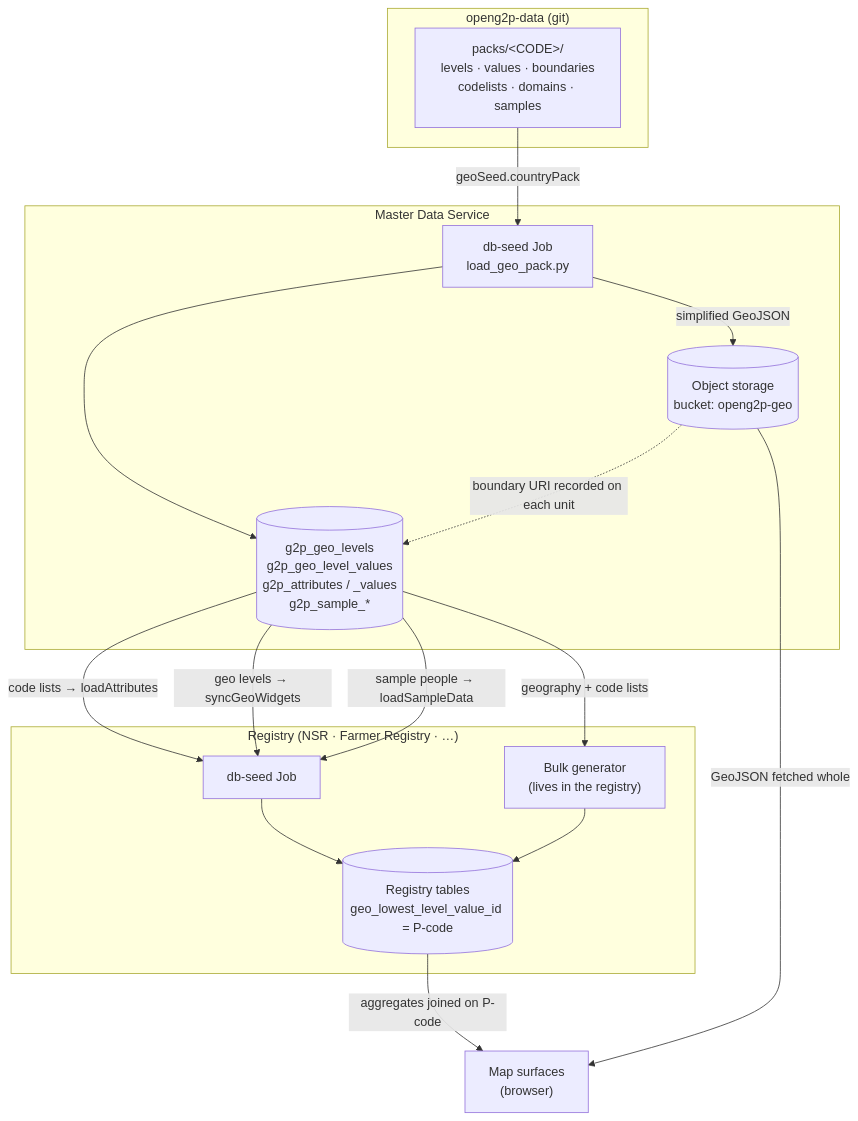
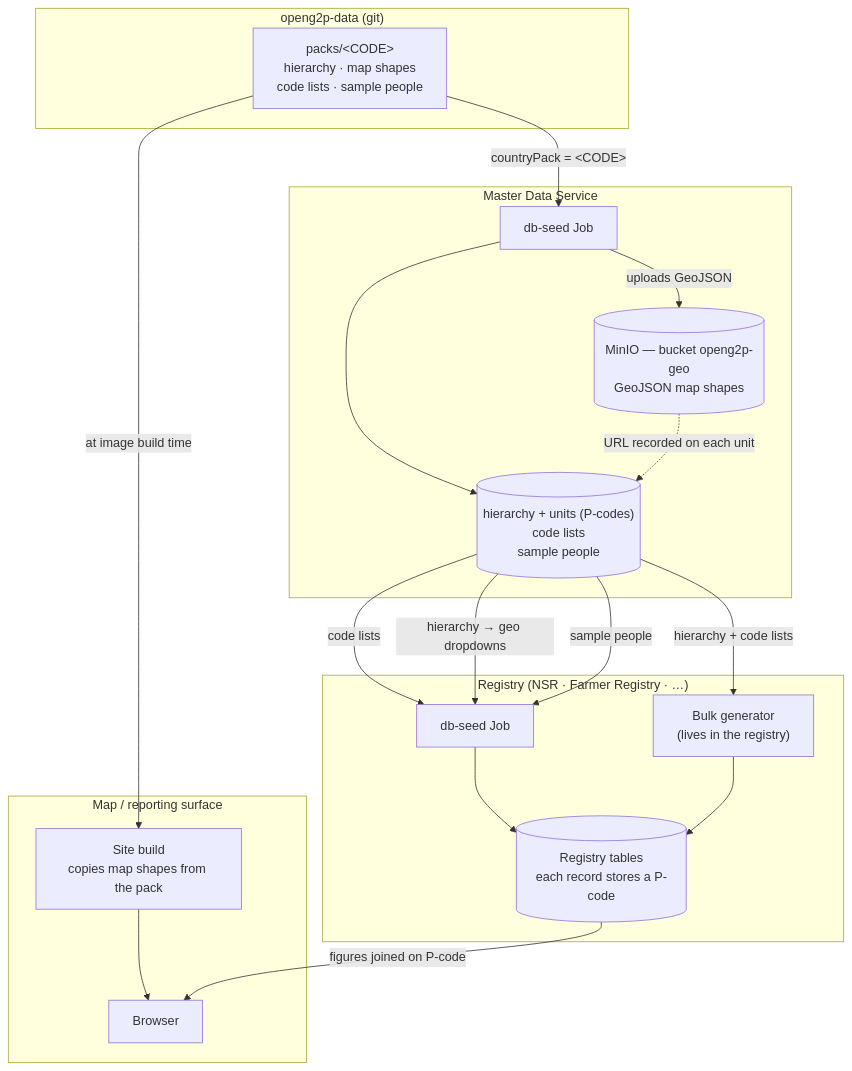
The diagram in platform/country-data-architecture.md (OpenG2P/openg2p-documentation), drawn with Mermaid before and after one commit. The commit also changed other lines of this file and 1 other file, not shown here.

````diff
--- a/platform/country-data-architecture.md
+++ b/platform/country-data-architecture.md
@@ -145,36 +168,40 @@
 ```mermaid
 flowchart TB
     subgraph data ["openg2p-data (git)"]
-        PACK["packs/&lt;CODE&gt;/<br/>levels · values · boundaries<br/>codelists · domains · samples"]
+        PACK["packs/&lt;CODE&gt;<br/>hierarchy · map shapes<br/>code lists · sample people"]
     end
 
     subgraph mds ["Master Data Service"]
-        SEED["db-seed Job<br/>load_geo_pack.py"]
-        MDSDB[("g2p_geo_levels<br/>g2p_geo_level_values<br/>g2p_attributes / _values<br/>g2p_sample_*")]
-        OBJ[("Object storage<br/>bucket: openg2p-geo")]
+        SEED["db-seed Job"]
+        MDSDB[("hierarchy + units (P-codes)<br/>code lists<br/>sample people")]
+        OBJ[("MinIO — bucket openg2p-geo<br/>GeoJSON map shapes")]
     end
 
     subgraph reg ["Registry (NSR · Farmer Registry · …)"]
         RSEED["db-seed Job"]
-        RDB[("Registry tables<br/>geo_lowest_level_value_id = P-code")]
+        RDB[("Registry tables<br/>each record stores a P-code")]
         BULK["Bulk generator<br/>(lives in the registry)"]
     end
 
-    BROWSER["Map surfaces<br/>(browser)"]
+    subgraph maps ["Map / reporting surface"]
+        BUILD["Site build<br/>copies map shapes from the pack"]
+        BROWSER["Browser"]
+    end
 
-    PACK -->|"geoSeed.countryPack"| SEED
+    PACK -->|"countryPack = &lt;CODE&gt;"| SEED
     SEED --> MDSDB
-    SEED -->|"simplified GeoJSON"| OBJ
-    OBJ -.->|"boundary URI recorded on each unit"| MDSDB
+    SEED -->|"uploads GeoJSON"| OBJ
+    OBJ -.->|"URL recorded on each unit"| MDSDB
 
-    MDSDB -->|"code lists → loadAttributes"| RSEED
-    MDSDB -->|"geo levels → syncGeoWidgets"| RSEED
-    MDSDB -->|"sample people → loadSampleData"| RSEED
+    MDSDB -->|"code lists"| RSEED
+    MDSDB -->|"hierarchy → geo dropdowns"| RSEED
+    MDSDB -->|"sample people"| RSEED
     RSEED --> RDB
 
-    MDSDB -->|"geography + code lists"| BULK
+    MDSDB -->|"hierarchy + code lists"| BULK
     BULK --> RDB
 
-    OBJ -->|"GeoJSON fetched whole"| BROWSER
-    RDB -->|"aggregates joined on P-code"| BROWSER
+    PACK -->|"at image build time"| BUILD
+    BUILD --> BROWSER
+    RDB -->|"figures joined on P-code"| BROWSER
 ```
````
